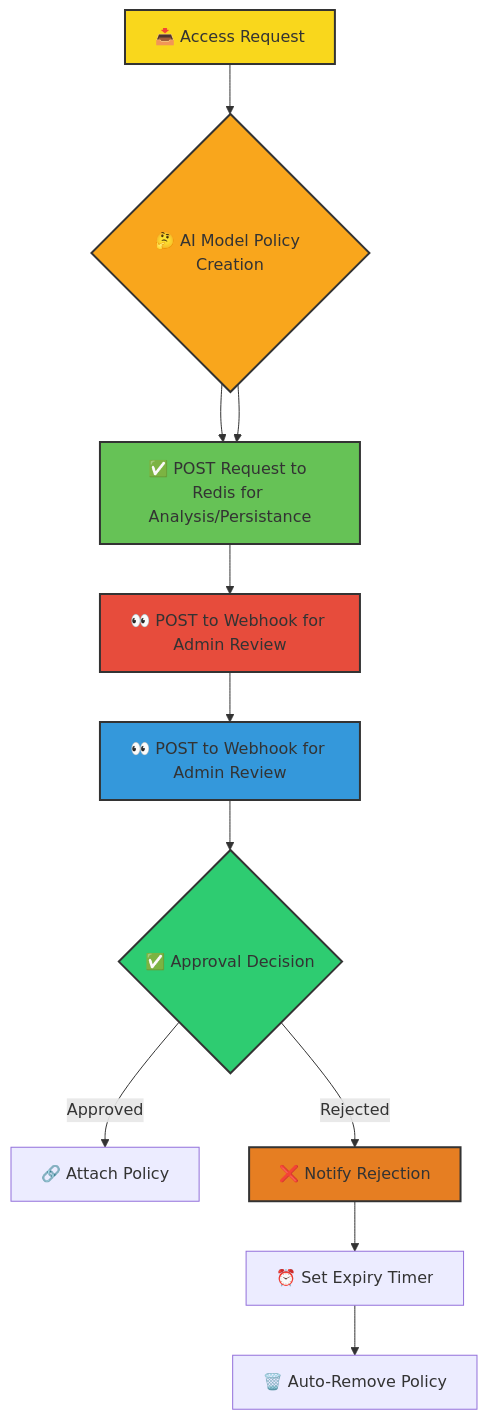
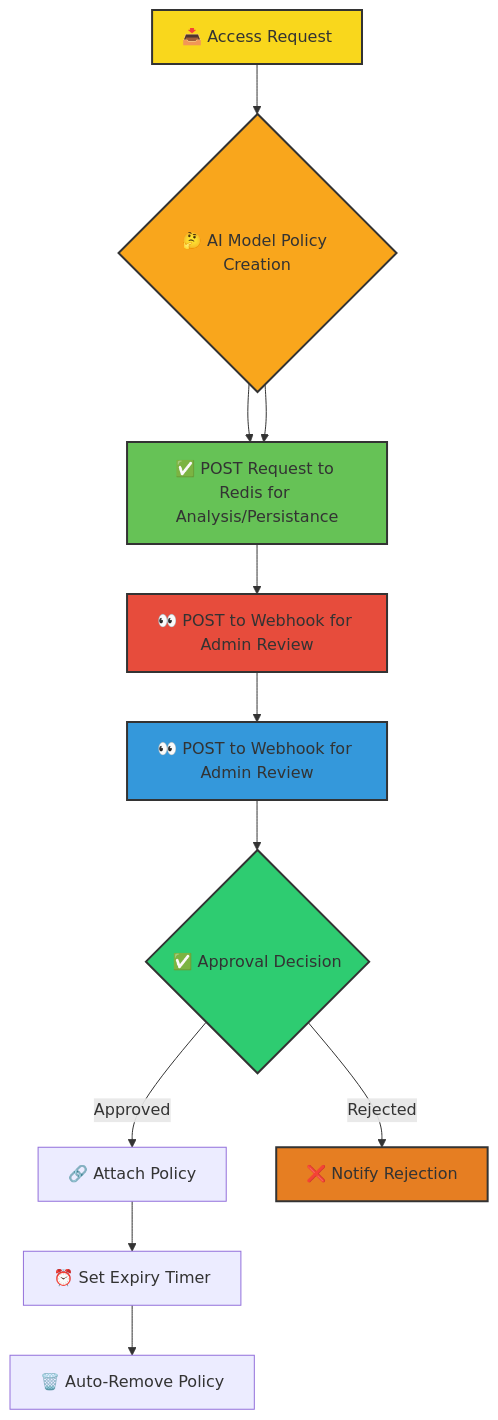
One commit to degrasse-python/kubiya-teammate-tools changed the first of 2 diagrams in teammate/jit_tools/README.md. Above: the diagram before and after it, drawn with Mermaid.

Commit message:
try again

````diff
--- a/teammate/jit_tools/README.md
+++ b/teammate/jit_tools/README.md
@@ -23,21 +23,21 @@
 ```mermaid
 graph TD
     A[📥 Access Request] --> B{🤔 AI Model Policy Creation}
     B --> C[📝 Policy Validation - coming soon]
     B --> C[✅ POST Request to Redis for Analysis/Persistance]
     C --> D[👀 POST to Webhook for Admin Review]
     D --> E[👀 POST to Webhook for Admin Review]
     E --> F{✅ Approval Decision}
     F -->|Approved| J[🔗 Attach Policy]
     F -->|Rejected| G[❌ Notify Rejection]
-    G --> H[⏰ Set Expiry Timer]
-    H --> I[🗑️ Auto-Remove Policy]
+    J --> K[⏰ Set Expiry Timer]
+    K --> L[🗑️ Auto-Remove Policy]
     
     style A fill:#f9d71c,stroke:#333,stroke-width:2px
     style B fill:#f9a61c,stroke:#333,stroke-width:2px
     style C fill:#66c256,stroke:#333,stroke-width:2px
     style D fill:#e74c3c,stroke:#333,stroke-width:2px
     style E fill:#3498db,stroke:#333,stroke-width:2px
     style F fill:#2ecc71,stroke:#333,stroke-width:2px
     style G fill:#e67e22,stroke:#333,stroke-width:2px
 ```
````
